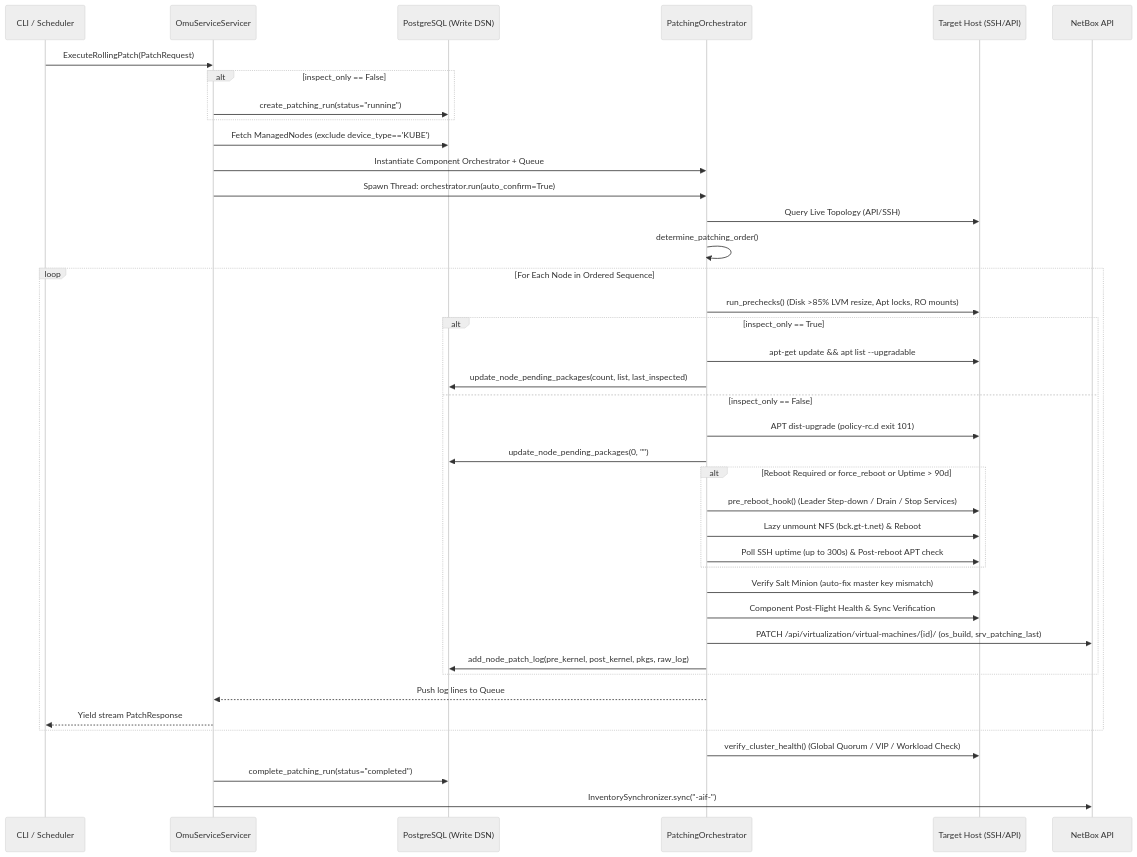
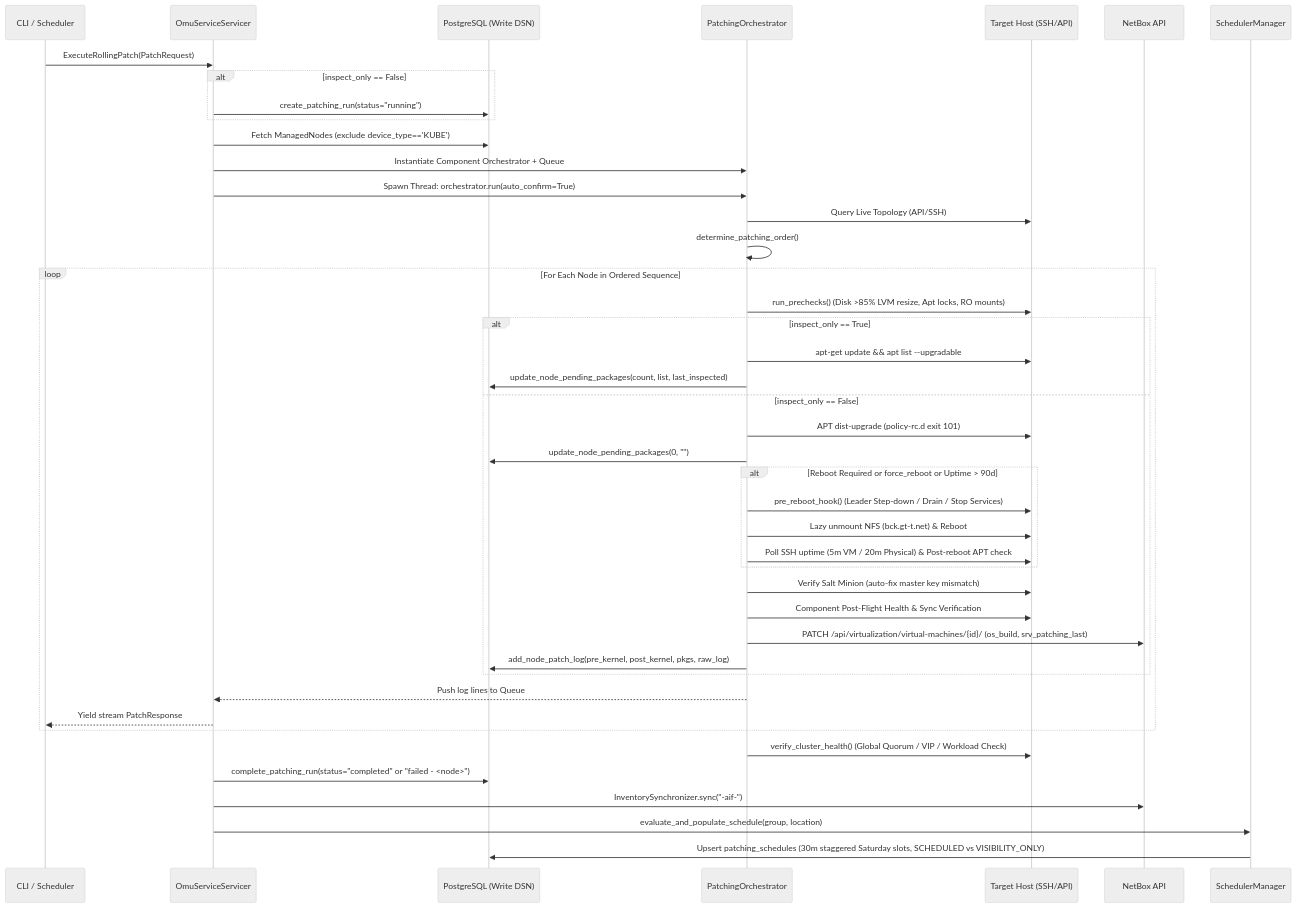
Before and after one commit to ssunthor/utilities-guides: the second of 2 diagrams in omu_design.md, drawn with Mermaid (neutral theme). The commit also changed other lines of this file and 2 other files, not shown here.

````diff
--- a/omu_design.md
+++ b/omu_design.md
@@ -221,46 +228,49 @@
 ```mermaid
 sequenceDiagram
     participant Client as CLI / Scheduler
     participant Service as OmuServiceServicer
     participant DB as PostgreSQL (Write DSN)
     participant Orch as PatchingOrchestrator
     participant Node as Target Host (SSH/API)
     participant NB as NetBox API
+    participant Sched as SchedulerManager
 
     Client->>Service: ExecuteRollingPatch(PatchRequest)
     alt inspect_only == False
         Service->>DB: create_patching_run(status="running")
     end
     Service->>DB: Fetch ManagedNodes (exclude device_type=='KUBE')
     Service->>Orch: Instantiate Component Orchestrator + Queue
     Service->>Orch: Spawn Thread: orchestrator.run(auto_confirm=True)
     
     Orch->>Node: Query Live Topology (API/SSH)
     Orch->>Orch: determine_patching_order()
     
     loop For Each Node in Ordered Sequence
         Orch->>Node: run_prechecks() (Disk >85% LVM resize, Apt locks, RO mounts)
         alt inspect_only == True
             Orch->>Node: apt-get update && apt list --upgradable
             Orch->>DB: update_node_pending_packages(count, list, last_inspected)
         else inspect_only == False
             Orch->>Node: APT dist-upgrade (policy-rc.d exit 101)
             Orch->>DB: update_node_pending_packages(0, "")
             alt Reboot Required or force_reboot or Uptime > 90d
                 Orch->>Node: pre_reboot_hook() (Leader Step-down / Drain / Stop Services)
                 Orch->>Node: Lazy unmount NFS (bck.gt-t.net) & Reboot
-                Orch->>Node: Poll SSH uptime (up to 300s) & Post-reboot APT check
+                Orch->>Node: Poll SSH uptime (5m VM / 20m Physical) & Post-reboot APT check
             end
             Orch->>Node: Verify Salt Minion (auto-fix master key mismatch)
             Orch->>Node: Component Post-Flight Health & Sync Verification
             Orch->>NB: PATCH /api/virtualization/virtual-machines/{id}/ (os_build, srv_patching_last)
             Orch->>DB: add_node_patch_log(pre_kernel, post_kernel, pkgs, raw_log)
         end
         Orch-->>Service: Push log lines to Queue
         Service-->>Client: Yield stream PatchResponse
     end
     
     Orch->>Node: verify_cluster_health() (Global Quorum / VIP / Workload Check)
-    Service->>DB: complete_patching_run(status="completed")
+    Service->>DB: complete_patching_run(status="completed" or "failed - <node>")
     Service->>NB: InventorySynchronizer.sync("-aif-")
+    Service->>Sched: evaluate_and_populate_schedule(group, location)
+    Sched->>DB: Upsert patching_schedules (30m staggered Saturday slots, SCHEDULED vs VISIBILITY_ONLY)
 ```
````
